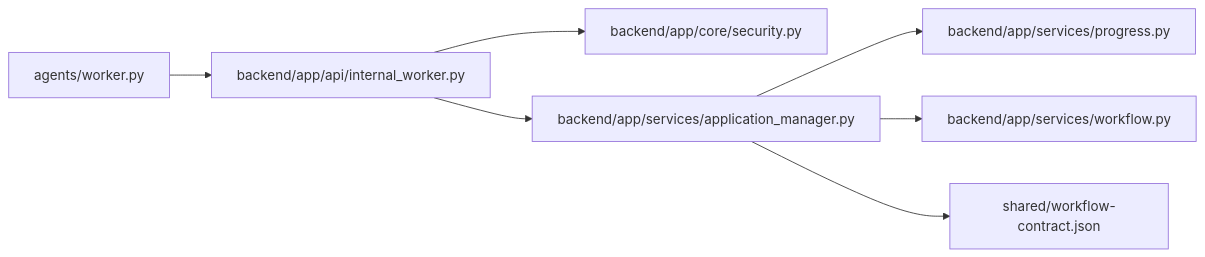
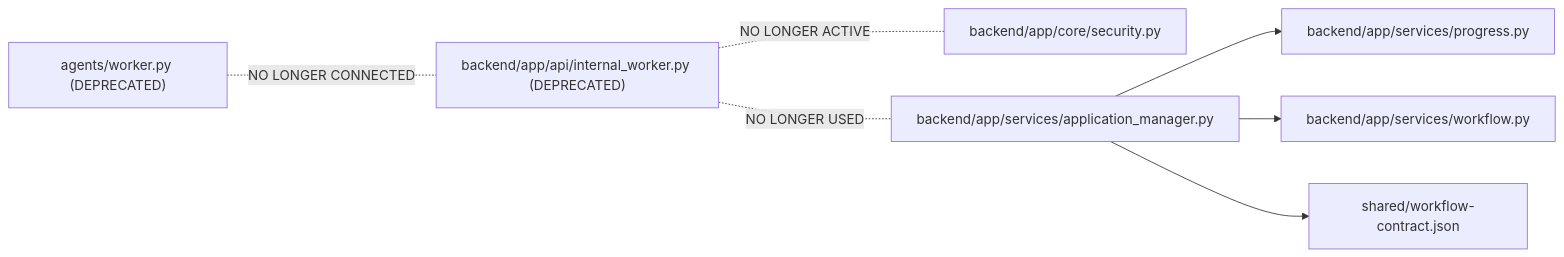
Before and after one commit to sankaL/resume-app: the third of 3 diagrams in .qoder/repowiki/en/content/Backend API/API Endpoints/Internal Worker API.md, drawn with Mermaid. The commit also changed other lines of this file and 7 other files, not shown here.

````diff
--- a/.qoder/repowiki/en/content/Backend API/API Endpoints/Internal Worker API.md
+++ b/.qoder/repowiki/en/content/Backend API/API Endpoints/Internal Worker API.md
@@ -258,9 +280,9 @@
 ```mermaid
 graph LR
-W["agents/worker.py"] --> I["backend/app/api/internal_worker.py"]
-I --> S["backend/app/core/security.py"]
-I --> A["backend/app/services/application_manager.py"]
+W["agents/worker.py (DEPRECATED)"] -. "NO LONGER CONNECTED" .- I["backend/app/api/internal_worker.py (DEPRECATED)"]
+I -. "NO LONGER ACTIVE" .- S["backend/app/core/security.py"]
+I -. "NO LONGER USED" .- A["backend/app/services/application_manager.py"]
 A --> P["backend/app/services/progress.py"]
 A --> Wf["backend/app/services/workflow.py"]
 A --> C["shared/workflow-contract.json"]
 ```
````
